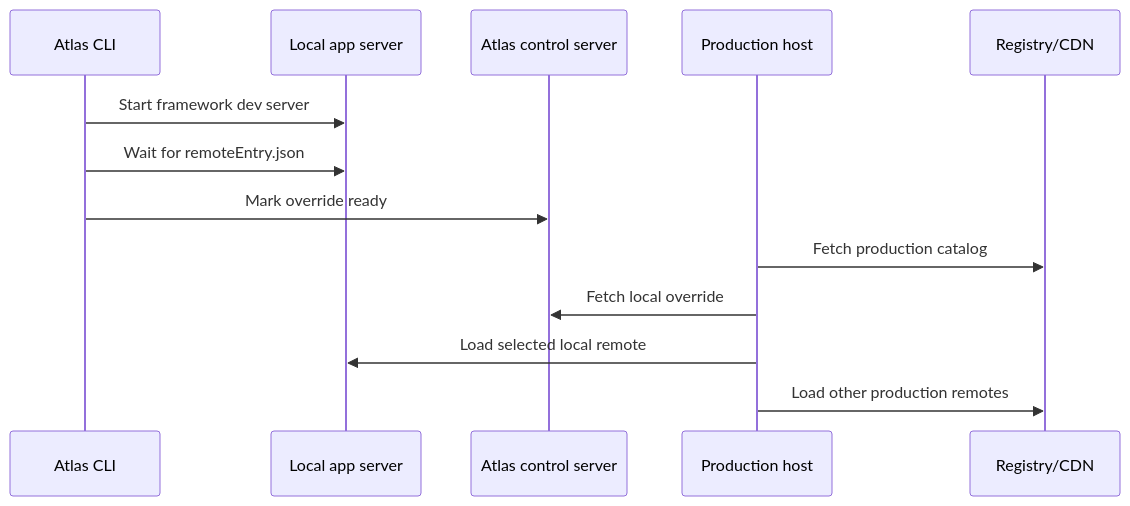
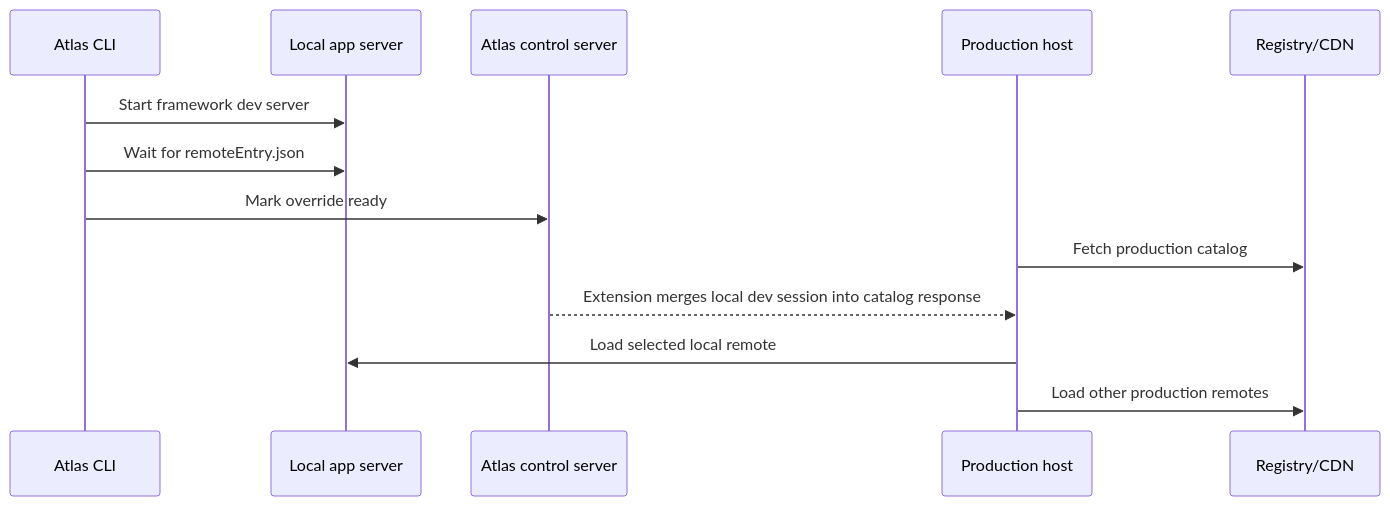
One commit to bendaj11/atlas changed the diagram in docs/local-development.md. Above: the diagram before and after it, drawn with Mermaid. The commit also changed other lines of this file and 22 other files, not shown here.

````diff
--- a/docs/local-development.md
+++ b/docs/local-development.md
@@ -69,15 +73,15 @@
 ```mermaid
 sequenceDiagram
   participant CLI as Atlas CLI
   participant app as Local app server
   participant Control as Atlas control server
   participant Host as Production host
   participant CDN as Registry/CDN
   CLI->>app: Start framework dev server
   CLI->>app: Wait for remoteEntry.json
   CLI->>Control: Mark override ready
   Host->>CDN: Fetch production catalog
-  Host->>Control: Fetch local override
+  Control-->>Host: Extension merges local dev session into catalog response
   Host->>app: Load selected local remote
   Host->>CDN: Load other production remotes
 ```
````
